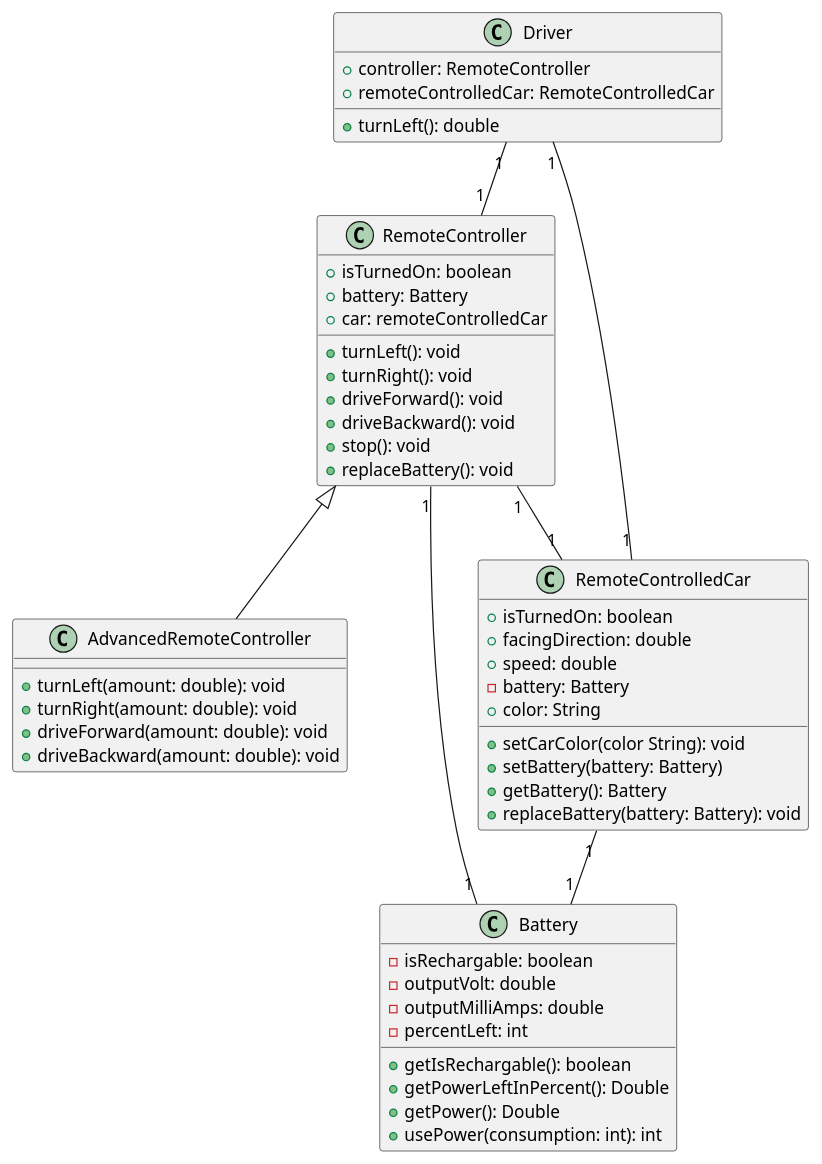
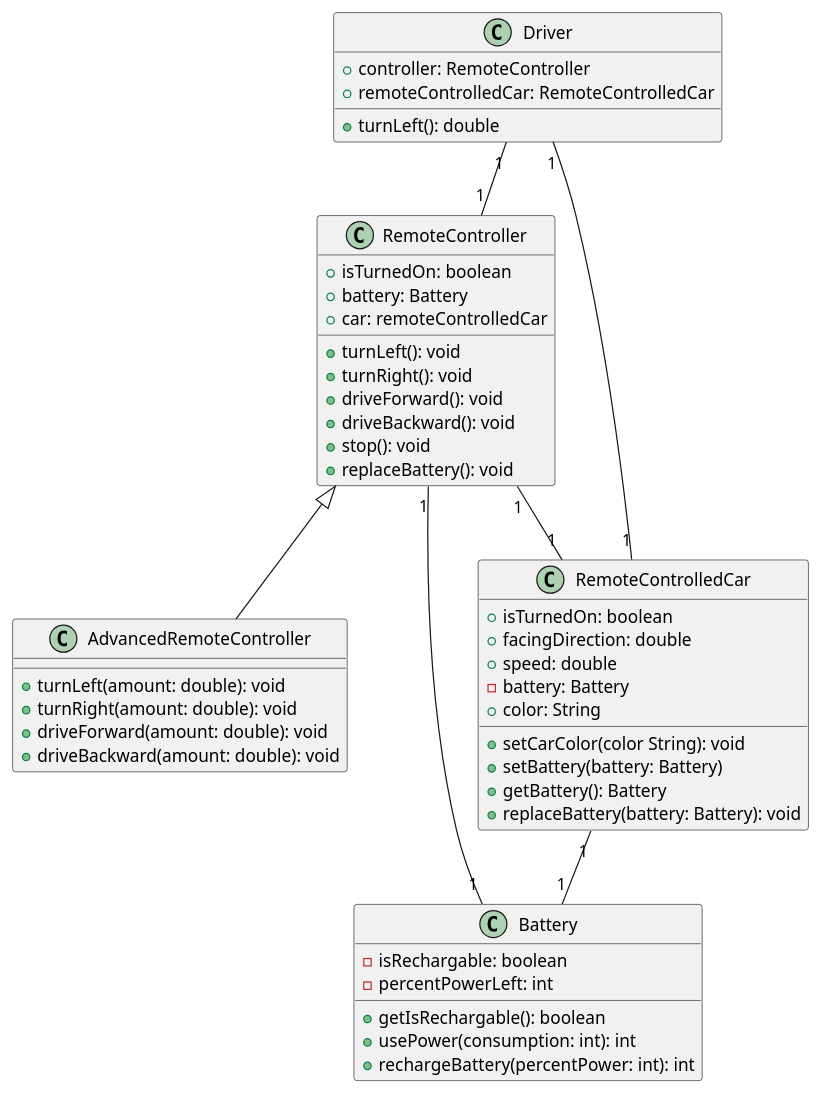
One commit to boolean-uk/java-tdd-oop-encapsulation changed the diagram in Exercise2.puml. Above: the diagram before and after it, drawn with PlantUML. The commit also changed 1 other file, not shown here.

Commit message:
test rechargeable battery func

```diff
--- a/Exercise2.puml
+++ b/Exercise2.puml
@@ -1,67 +1,64 @@
 @startuml
 class Driver{
     + controller: RemoteController
     + remoteControlledCar: RemoteControlledCar
     + turnLeft(): double
 }
 
 class RemoteController{
     + isTurnedOn: boolean
     + battery: Battery
     + car: remoteControlledCar
     + turnLeft(): void
     + turnRight(): void
     + driveForward(): void
     + driveBackward(): void
     + stop(): void
     + replaceBattery(): void
 }
 
 class AdvancedRemoteController extends RemoteController{
     + turnLeft(amount: double): void
     + turnRight(amount: double): void
     + driveForward(amount: double): void
     + driveBackward(amount: double): void
 
 }
 
 Driver "1" -- "1" RemoteController
 Driver "1" -- "1" RemoteControlledCar
 RemoteController "1" -- "1" RemoteControlledCar
 
 
 class RemoteControlledCar{
     + isTurnedOn: boolean
     + facingDirection: double
     + speed: double
     - battery: Battery
     + color: String
     + setCarColor(color String): void
     + setBattery(battery: Battery)
     + getBattery(): Battery
     + replaceBattery(battery: Battery): void
 
 }
 
 RemoteControlledCar "1" -- "1" Battery
 RemoteController "1" -- "1" Battery
 
 
 class Battery{
     - isRechargable: boolean
-    - outputVolt: double
-    - outputMilliAmps: double
-    - percentLeft: int
+    - percentPowerLeft: int
 
     + getIsRechargable(): boolean
-    + getPowerLeftInPercent(): Double
-    + getPower(): Double
     + usePower(consumption: int): int
+    + rechargeBattery(percentPower: int): int
 
 
 ' for a more complete system then i would probably use
 ' an interface for electronic components and keep
 ' battery functions together.
 }
 
 @enduml
```
